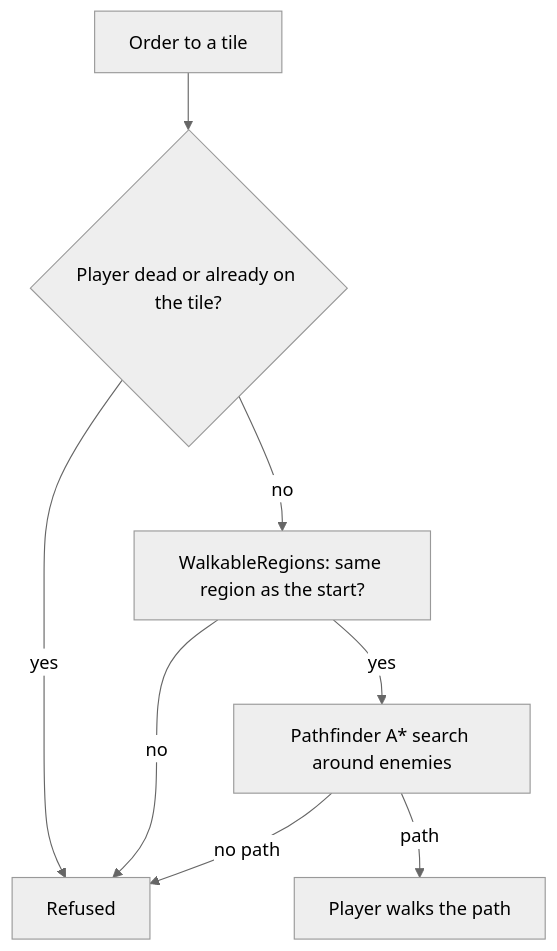
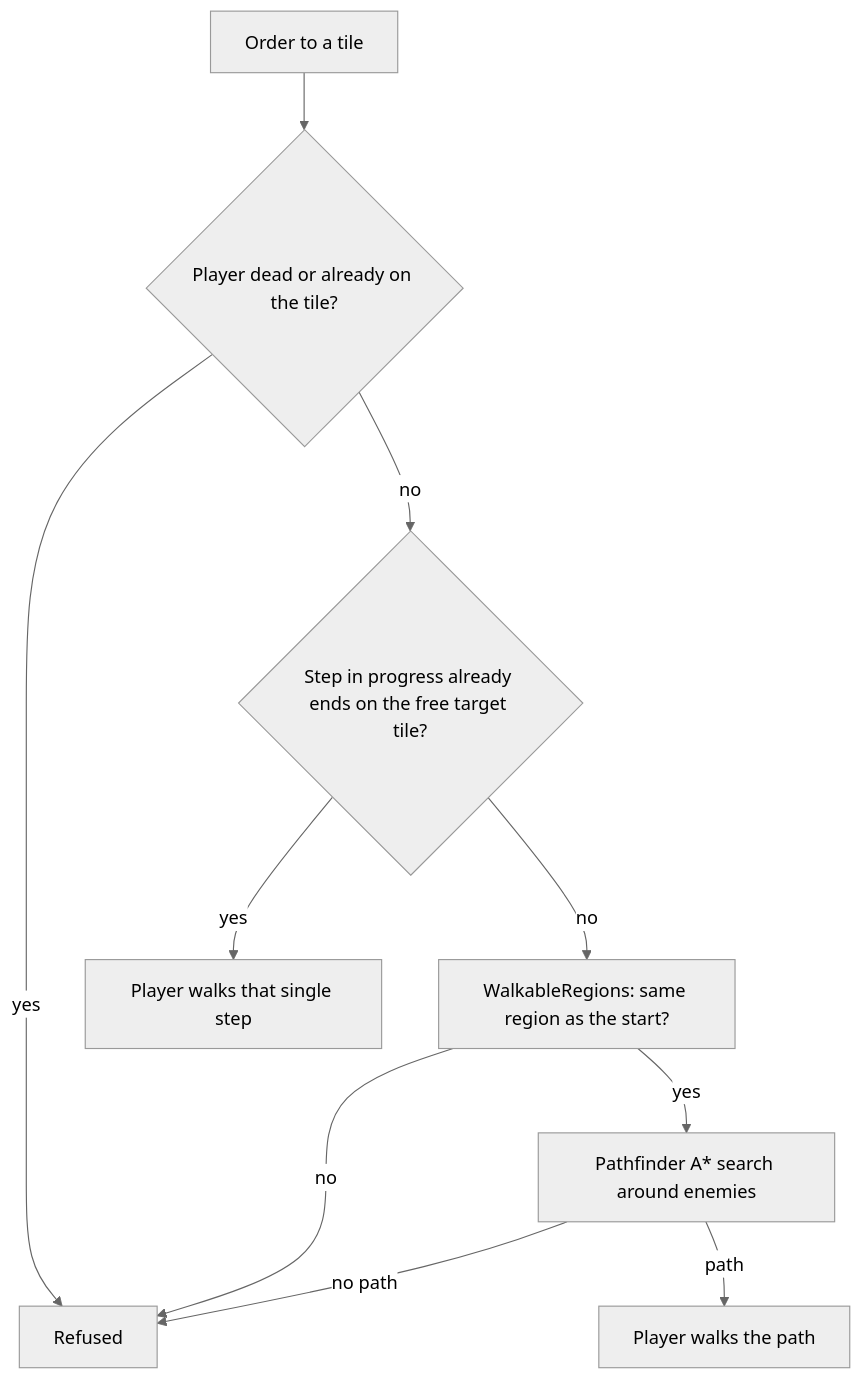
One commit to kfeuerschvenger/perlinsedge changed the first of 2 diagrams in docs/PATHFINDING.md. Above: the diagram before and after it, drawn with Mermaid (neutral theme). The commit also changed 1 other file, not shown here.

Commit message:
docs: show the free single step in the move order flow and drop a time-bound phrase

````diff
--- a/docs/PATHFINDING.md
+++ b/docs/PATHFINDING.md
@@ -13,10 +13,12 @@
 ```mermaid
 flowchart TD
     A[Order to a tile] --> B{Player dead or already on the tile?}
     B -->|yes| X[Refused]
-    B -->|no| C[WalkableRegions: same region as the start?]
+    B -->|no| S{Step in progress already ends on the free target tile?}
+    S -->|yes| F[Player walks that single step]
+    S -->|no| C[WalkableRegions: same region as the start?]
     C -->|no| X
     C -->|yes| D[Pathfinder A* search around enemies]
     D -->|no path| X
     D -->|path| E[Player walks the path]
 ```
````
